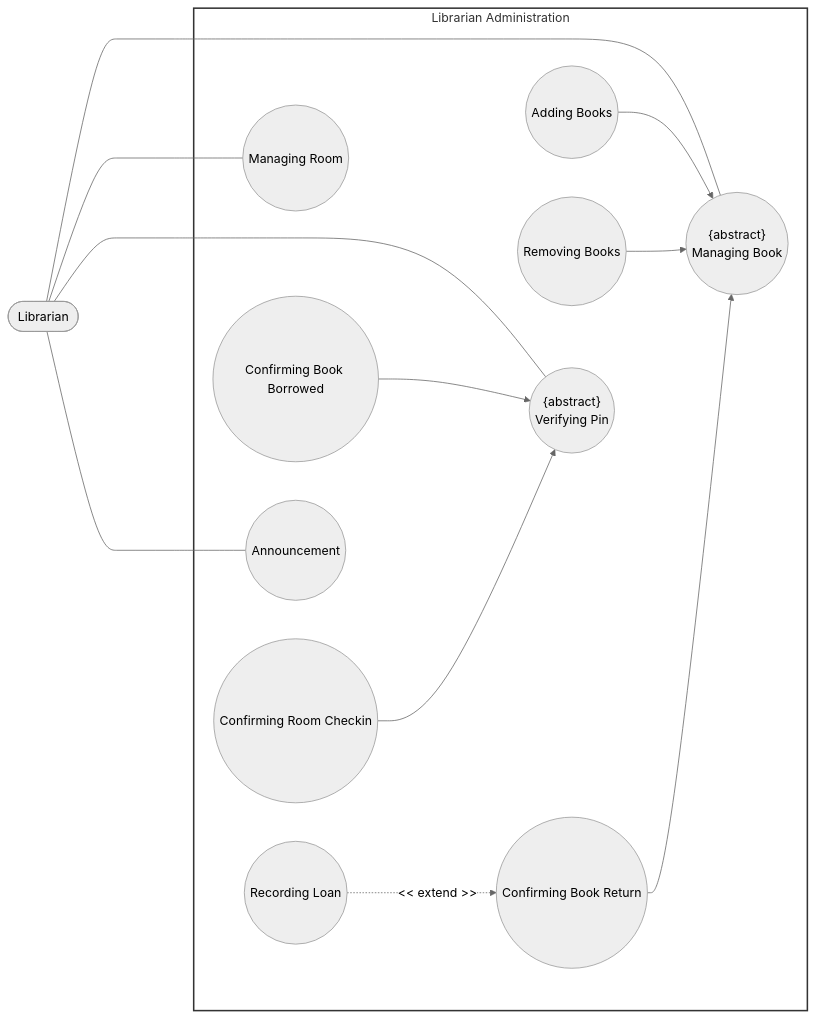
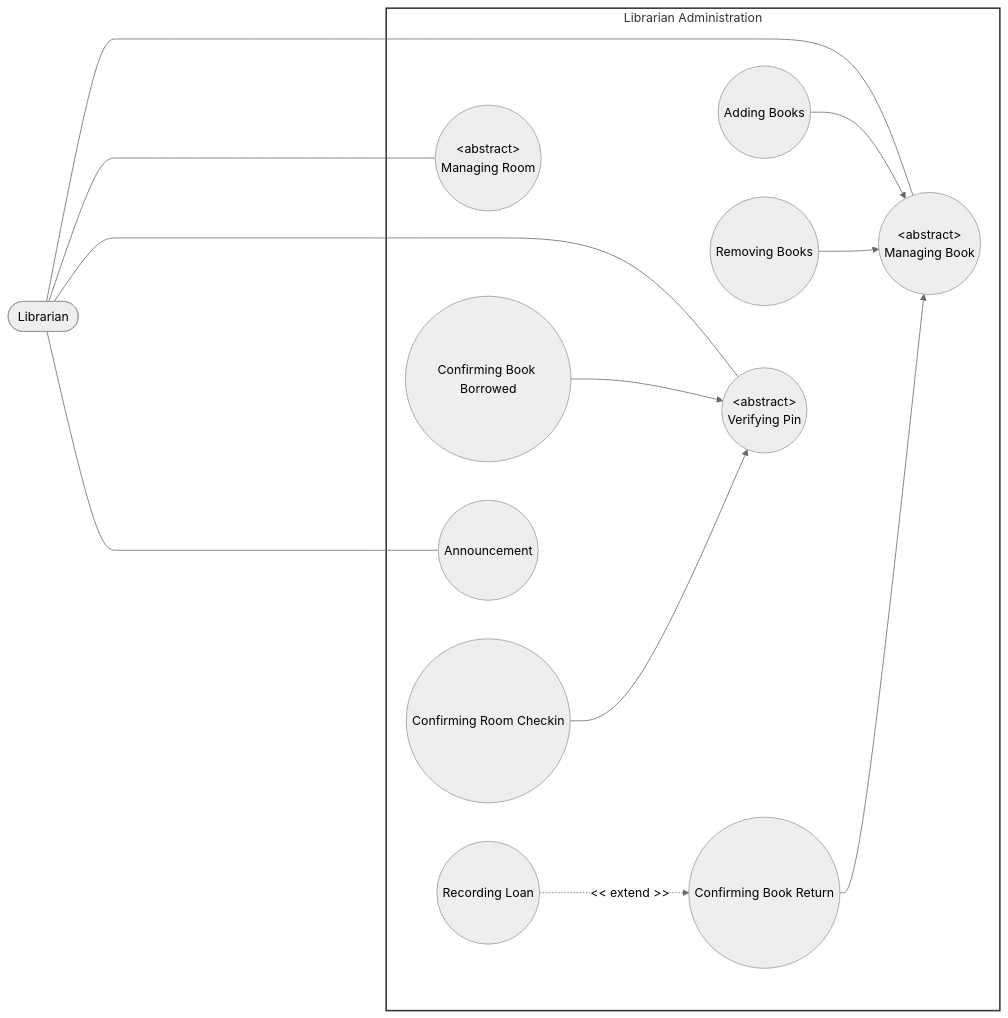
One commit to DuyNhat1705/AmeThyst-Library changed the second of 2 diagrams in docs/use case specification/Librarian.md. Above: the diagram before and after it, drawn with Mermaid (neutral theme). The commit also changed other lines of this file and 2 other files, not shown here.

Commit message:
Removing abstract usecase (Admin, Librarian, Study_group)

````diff
--- a/docs/use case specification/Librarian.md
+++ b/docs/use case specification/Librarian.md
@@ -72,26 +68,26 @@
 ```mermaid
 flowchart LR
  subgraph LibrarianAdministration["Librarian Administration"]
-        UC1(("<center>{abstract} <br> Managing Book</center>"))
+        UC1(("&lt;abstract&gt;<br>Managing Book"))
         UC2(("Adding Books"))
         UC3(("Removing Books"))
         UC4(("Confirming Book Return"))
         UC5(("Recording Loan"))
-        UC6(("Managing Room"))
-        UC7(("<center>{abstract} <br> Verifying Pin</center>"))
+        UC6(("&lt;abstract&gt;<br>Managing Room"))
+        UC7(("&lt;abstract&gt;<br>Verifying Pin"))
         UC8(("Confirming Book Borrowed"))
         UC9(("Confirming Room Checkin"))
         UC10(("Announcement"))
   end
-    Librarian(["Librarian"]) ======= LibrarianAdministration
+    Librarian(["Librarian"]) ============ LibrarianAdministration
     Librarian --- UC1 & UC6 & UC7 & UC10
     UC2 --> UC1
     UC3 --> UC1
     UC4 --> UC1
     UC8 --> UC7
     UC9 --> UC7
     UC5 -. &lt;&lt; extend &gt;&gt; .-> UC4
 
     style LibrarianAdministration fill:#fff,stroke:#333,stroke-width:2px
     linkStyle 0 stroke:transparent
 ```
````
